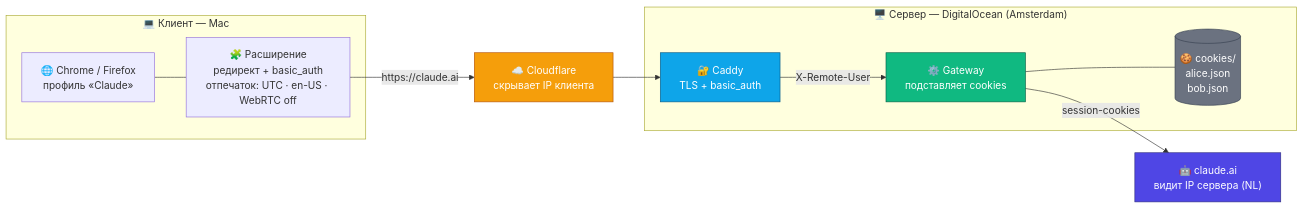
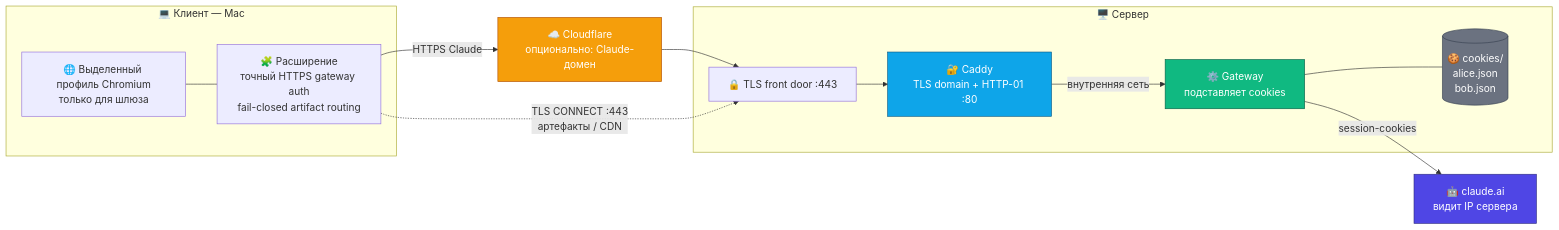
The first of 2 diagrams in README.md (JFT-git/claude_for_browes), drawn with Mermaid before and after one commit. The commit also changed other lines of this file and 49 other files, not shown here.

Commit message:
Harden gateway routing and artifact privacy; fix native downloads

````diff
--- a/README.md
+++ b/README.md
@@ -9,30 +9,33 @@
 ```mermaid
 flowchart LR
     subgraph CLIENT["💻 Клиент — Mac"]
-        A["🌐 Chrome / Firefox<br/>профиль «Claude»"]
-        B["🧩 Расширение<br/>редирект + basic_auth<br/>отпечаток: UTC · en-US · WebRTC off"]
+        A["🌐 Выделенный профиль Chromium<br/>только для шлюза"]
+        B["🧩 Расширение<br/>точный HTTPS gateway auth<br/>fail-closed artifact routing"]
         A --- B
     end
 
-    CF["☁️ Cloudflare<br/>скрывает IP клиента"]
+    CF["☁️ Cloudflare<br/>опционально: Claude-домен"]
 
-    subgraph SERVER["🖥️ Сервер — DigitalOcean (Amsterdam)"]
-        C["🔐 Caddy<br/>TLS + basic_auth"]
+    subgraph SERVER["🖥️ Сервер"]
+        F["🔒 TLS front door :443"]
+        C["🔐 Caddy<br/>TLS domain + HTTP-01 :80"]
         D["⚙️ Gateway<br/>подставляет cookies"]
         E[("🍪 cookies/<br/>alice.json<br/>bob.json")]
-        C -->|"X-Remote-User"| D
+        F --> C
+        C -->|"внутренняя сеть"| D
         D --- E
     end
 
-    AI["🤖 claude.ai<br/>видит IP сервера (NL)"]
+    AI["🤖 claude.ai<br/>видит IP сервера"]
 
-    B -->|"https://claude.ai"| CF
-    CF --> C
+    B -->|"HTTPS Claude"| CF
+    CF --> F
     D -->|"session-cookies"| AI
+    B -.->|"TLS CONNECT :443<br/>артефакты / CDN"| F
 
     style AI fill:#4f46e5,color:#fff,stroke:#312e81
     style CF fill:#f59e0b,color:#fff,stroke:#b45309
     style D fill:#10b981,color:#fff,stroke:#065f46
     style C fill:#0ea5e9,color:#fff,stroke:#075985
     style E fill:#6b7280,color:#fff,stroke:#374151
 ```
````
